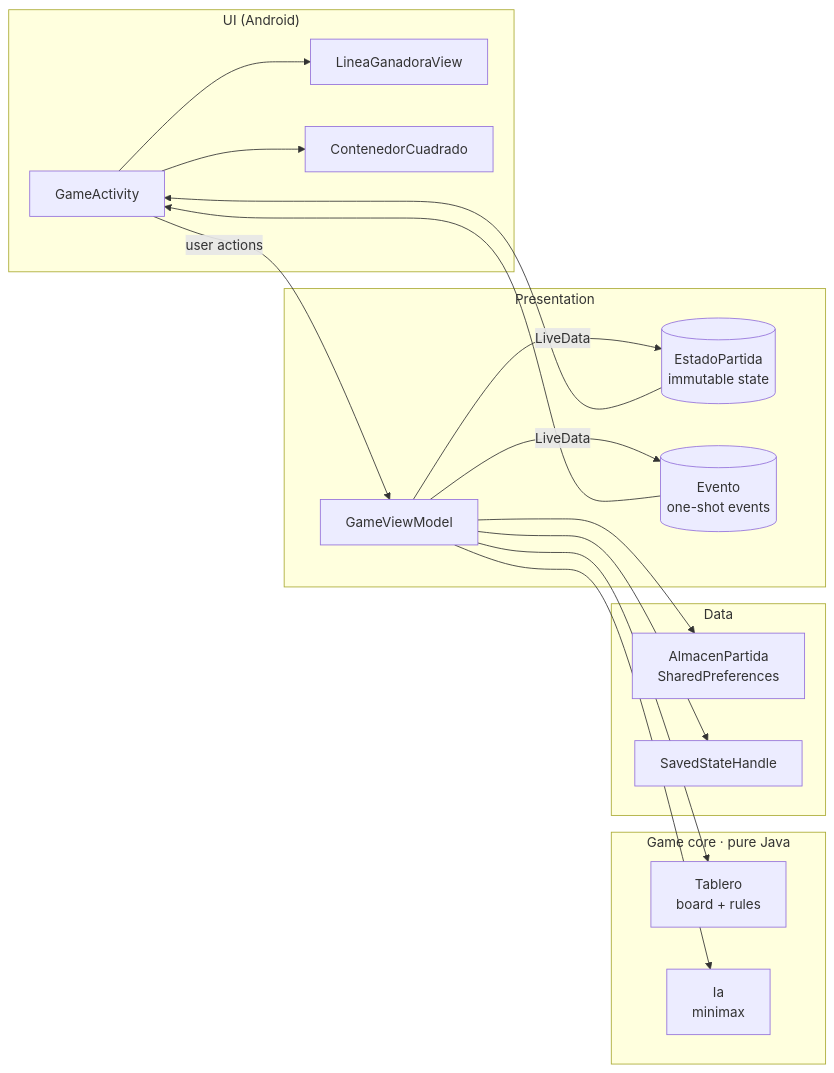
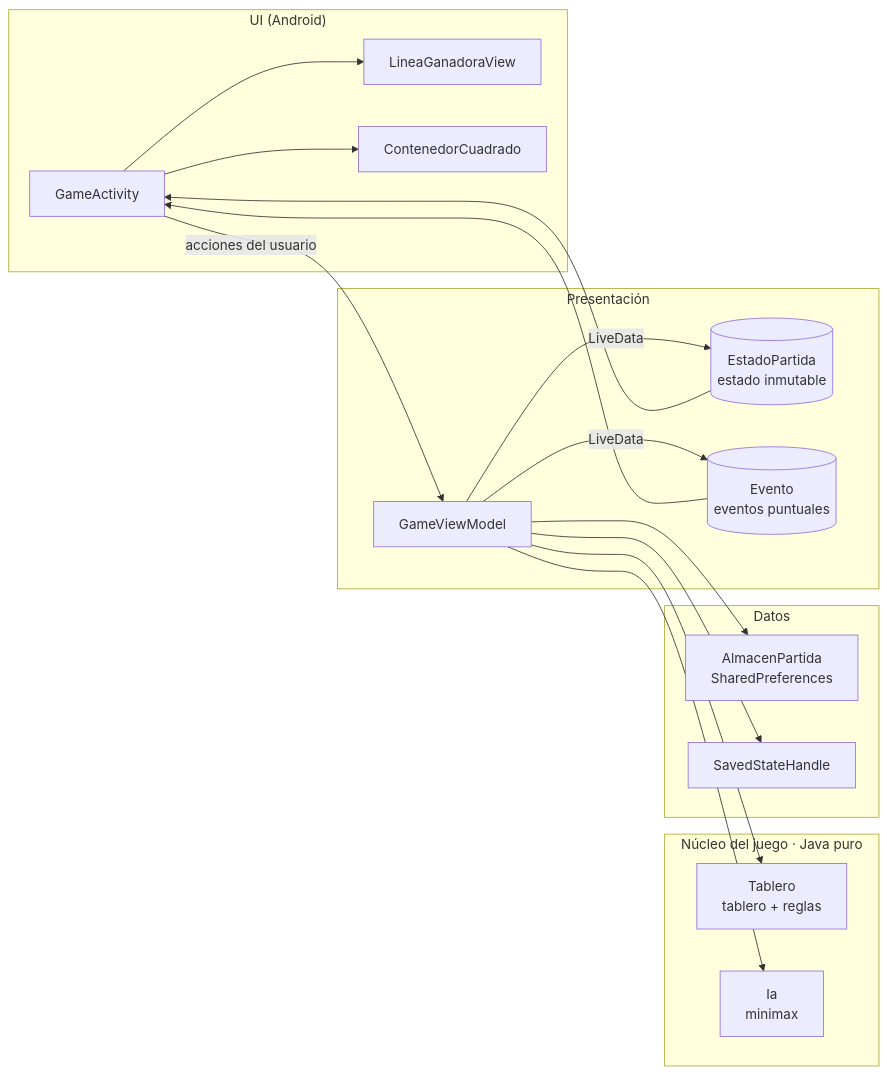
The diagram in README.md (basd1/3EnRaya), drawn with Mermaid before and after one commit. The commit also changed other lines of this file, not shown here.

````diff
--- a/README.md
+++ b/README.md
@@ -57,28 +58,28 @@
 ```mermaid
 flowchart LR
     subgraph UI["UI (Android)"]
         GA[GameActivity]
         LV[LineaGanadoraView]
         CC[ContenedorCuadrado]
     end
-    subgraph VM["Presentation"]
+    subgraph VM["Presentación"]
         VMG[GameViewModel]
-        EP[(EstadoPartida<br/>immutable state)]
-        EV[(Evento<br/>one-shot events)]
+        EP[(EstadoPartida<br/>estado inmutable)]
+        EV[(Evento<br/>eventos puntuales)]
     end
-    subgraph Core["Game core · pure Java"]
-        T[Tablero<br/>board + rules]
+    subgraph Core["Núcleo del juego · Java puro"]
+        T[Tablero<br/>tablero + reglas]
         IA[Ia<br/>minimax]
     end
-    subgraph Data
+    subgraph Datos
         AP[AlmacenPartida<br/>SharedPreferences]
         SSH[SavedStateHandle]
     end
 
-    GA -- user actions --> VMG
+    GA -- acciones del usuario --> VMG
     VMG -- LiveData --> EP --> GA
     VMG -- LiveData --> EV --> GA
     GA --> LV & CC
     VMG --> T & IA
     VMG --> AP & SSH
 ```
````
